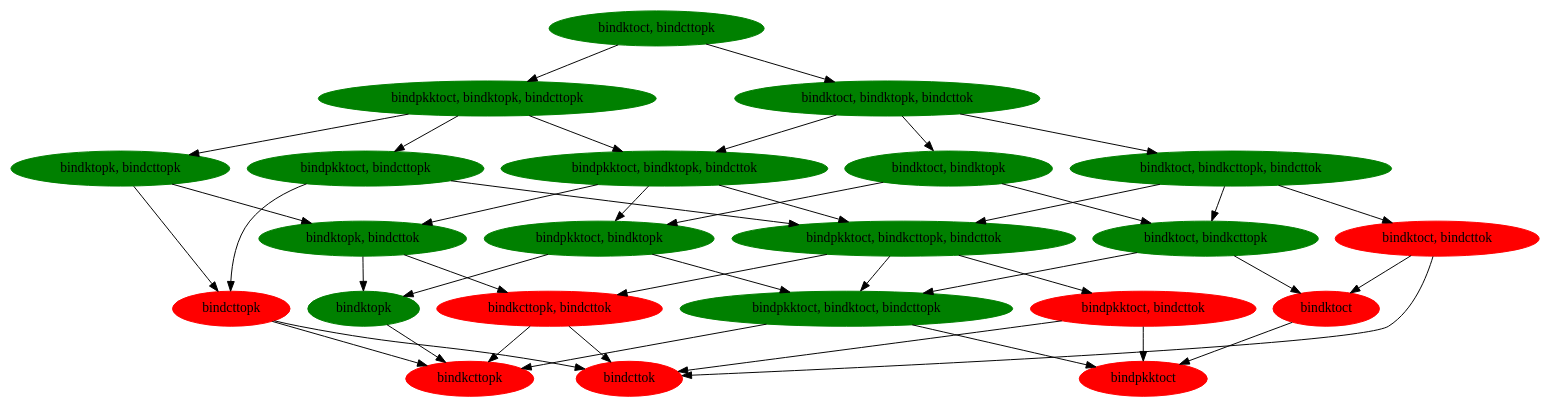
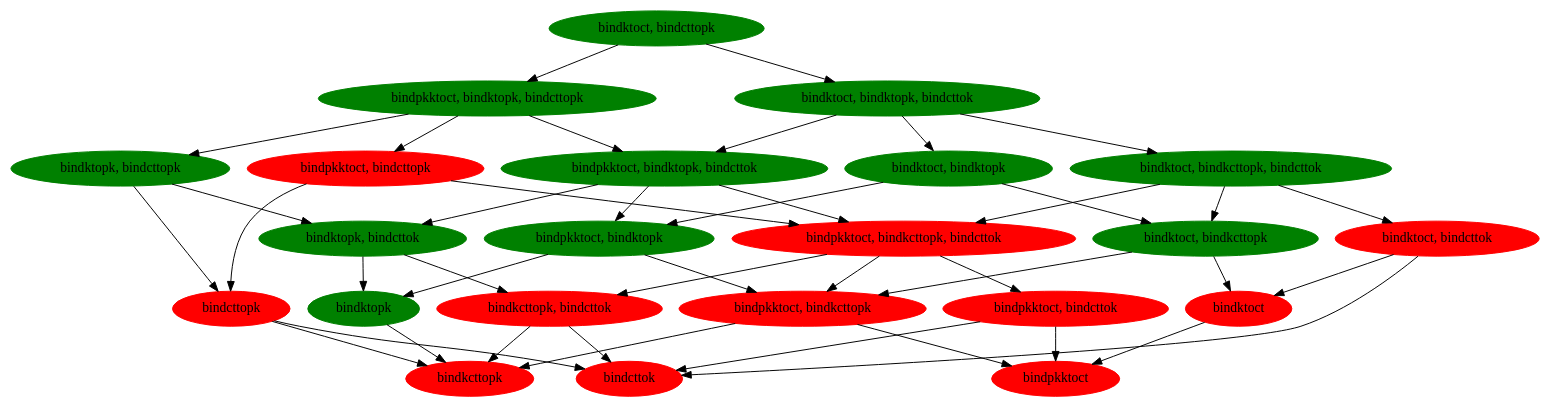
One commit to SymbolicKEMs/CaseStudiesKEM changed the diagram in Sigma_Zero/Sigma_Zero_Binding_Implicit_Key_Authentication_Initiator_HON.gv. Above: the diagram before and after it, drawn with Graphviz. The commit also changed 5 other files, not shown here.

Commit message:
Update Sigma Zero pdfs and gvs

```diff
--- a/Sigma_Zero/Sigma_Zero_Binding_Implicit_Key_Authentication_Initiator_HON.gv
+++ b/Sigma_Zero/Sigma_Zero_Binding_Implicit_Key_Authentication_Initiator_HON.gv
@@ -1,88 +1,88 @@
-// Sigma_Zero/Sigma.spthy_Implicit_Key_Authentication_Initiator_1713179912.455199
+// Sigma_Zero/Sigma.spthy_Implicit_Key_Authentication_Initiator_1713772782.804352
 digraph {
 	node [color=green style=filled]
 	"bindktoct, bindcttopk" [label="bindktoct, bindcttopk"]
 	node [color=green style=filled]
 	"bindpkktoct, bindktopk, bindcttopk" [label="bindpkktoct, bindktopk, bindcttopk"]
 	node [color=green style=filled]
 	"bindktoct, bindktopk, bindcttok" [label="bindktoct, bindktopk, bindcttok"]
 	node [color=green style=filled]
 	"bindktopk, bindcttopk" [label="bindktopk, bindcttopk"]
-	node [color=green style=filled]
+	node [color=red style=filled]
 	"bindpkktoct, bindcttopk" [label="bindpkktoct, bindcttopk"]
 	node [color=green style=filled]
 	"bindpkktoct, bindktopk, bindcttok" [label="bindpkktoct, bindktopk, bindcttok"]
 	node [color=green style=filled]
 	"bindktoct, bindktopk" [label="bindktoct, bindktopk"]
 	node [color=green style=filled]
 	"bindktoct, bindkcttopk, bindcttok" [label="bindktoct, bindkcttopk, bindcttok"]
 	node [color=red style=filled]
 	bindcttopk [label=bindcttopk]
 	node [color=green style=filled]
 	"bindktopk, bindcttok" [label="bindktopk, bindcttok"]
-	node [color=green style=filled]
+	node [color=red style=filled]
 	"bindpkktoct, bindkcttopk, bindcttok" [label="bindpkktoct, bindkcttopk, bindcttok"]
 	node [color=green style=filled]
 	"bindpkktoct, bindktopk" [label="bindpkktoct, bindktopk"]
 	node [color=green style=filled]
 	"bindktoct, bindkcttopk" [label="bindktoct, bindkcttopk"]
 	node [color=red style=filled]
 	"bindktoct, bindcttok" [label="bindktoct, bindcttok"]
 	node [color=red style=filled]
 	"bindkcttopk, bindcttok" [label="bindkcttopk, bindcttok"]
-	node [color=green style=filled]
-	"bindpkktoct, bindktoct, bindcttopk" [label="bindpkktoct, bindktoct, bindcttopk"]
+	node [color=red style=filled]
+	"bindpkktoct, bindkcttopk" [label="bindpkktoct, bindkcttopk"]
 	node [color=red style=filled]
 	"bindpkktoct, bindcttok" [label="bindpkktoct, bindcttok"]
 	node [color=red style=filled]
 	bindktoct [label=bindktoct]
 	node [color=red style=filled]
 	bindkcttopk [label=bindkcttopk]
 	node [color=red style=filled]
 	bindcttok [label=bindcttok]
 	node [color=green style=filled]
 	bindktopk [label=bindktopk]
 	node [color=red style=filled]
 	bindpkktoct [label=bindpkktoct]
 	"bindktoct, bindcttopk" -> "bindpkktoct, bindktopk, bindcttopk"
 	"bindktoct, bindcttopk" -> "bindktoct, bindktopk, bindcttok"
 	"bindpkktoct, bindktopk, bindcttopk" -> "bindktopk, bindcttopk"
 	"bindpkktoct, bindktopk, bindcttopk" -> "bindpkktoct, bindcttopk"
 	"bindpkktoct, bindktopk, bindcttopk" -> "bindpkktoct, bindktopk, bindcttok"
 	"bindktoct, bindktopk, bindcttok" -> "bindpkktoct, bindktopk, bindcttok"
 	"bindktoct, bindktopk, bindcttok" -> "bindktoct, bindktopk"
 	"bindktoct, bindktopk, bindcttok" -> "bindktoct, bindkcttopk, bindcttok"
 	"bindktopk, bindcttopk" -> bindcttopk
 	"bindktopk, bindcttopk" -> "bindktopk, bindcttok"
 	"bindpkktoct, bindcttopk" -> bindcttopk
 	"bindpkktoct, bindcttopk" -> "bindpkktoct, bindkcttopk, bindcttok"
 	"bindpkktoct, bindktopk, bindcttok" -> "bindktopk, bindcttok"
 	"bindpkktoct, bindktopk, bindcttok" -> "bindpkktoct, bindkcttopk, bindcttok"
 	"bindpkktoct, bindktopk, bindcttok" -> "bindpkktoct, bindktopk"
 	"bindktoct, bindktopk" -> "bindpkktoct, bindktopk"
 	"bindktoct, bindktopk" -> "bindktoct, bindkcttopk"
 	"bindktoct, bindkcttopk, bindcttok" -> "bindktoct, bindcttok"
 	"bindktoct, bindkcttopk, bindcttok" -> "bindktoct, bindkcttopk"
 	"bindktoct, bindkcttopk, bindcttok" -> "bindpkktoct, bindkcttopk, bindcttok"
 	bindcttopk -> bindkcttopk
 	bindcttopk -> bindcttok
 	"bindktopk, bindcttok" -> "bindkcttopk, bindcttok"
 	"bindktopk, bindcttok" -> bindktopk
 	"bindpkktoct, bindkcttopk, bindcttok" -> "bindkcttopk, bindcttok"
-	"bindpkktoct, bindkcttopk, bindcttok" -> "bindpkktoct, bindktoct, bindcttopk"
+	"bindpkktoct, bindkcttopk, bindcttok" -> "bindpkktoct, bindkcttopk"
 	"bindpkktoct, bindkcttopk, bindcttok" -> "bindpkktoct, bindcttok"
-	"bindpkktoct, bindktopk" -> "bindpkktoct, bindktoct, bindcttopk"
+	"bindpkktoct, bindktopk" -> "bindpkktoct, bindkcttopk"
 	"bindpkktoct, bindktopk" -> bindktopk
-	"bindktoct, bindkcttopk" -> "bindpkktoct, bindktoct, bindcttopk"
+	"bindktoct, bindkcttopk" -> "bindpkktoct, bindkcttopk"
 	"bindktoct, bindkcttopk" -> bindktoct
 	"bindktoct, bindcttok" -> bindktoct
 	"bindktoct, bindcttok" -> bindcttok
 	"bindkcttopk, bindcttok" -> bindkcttopk
 	"bindkcttopk, bindcttok" -> bindcttok
-	"bindpkktoct, bindktoct, bindcttopk" -> bindkcttopk
-	"bindpkktoct, bindktoct, bindcttopk" -> bindpkktoct
+	"bindpkktoct, bindkcttopk" -> bindkcttopk
+	"bindpkktoct, bindkcttopk" -> bindpkktoct
 	"bindpkktoct, bindcttok" -> bindcttok
 	"bindpkktoct, bindcttok" -> bindpkktoct
 	bindktoct -> bindpkktoct
 	bindktopk -> bindkcttopk
 }
```
